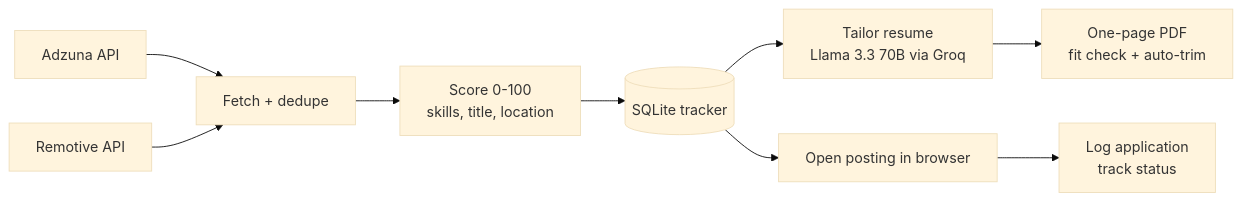
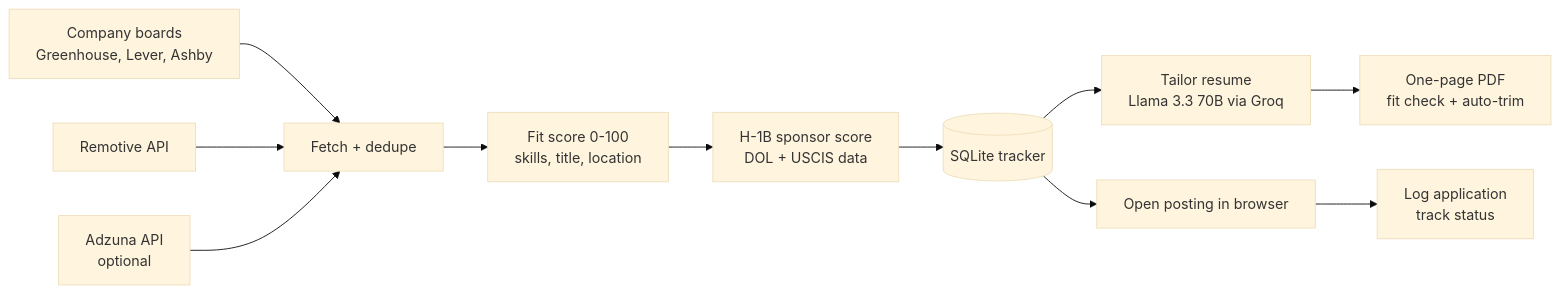
The diagram in README.md (srikanthmannepalli0502-cmyk/job-hunter-auto), drawn with Mermaid (base theme) before and after one commit. The commit also changed other lines of this file and 6 other files, not shown here.

First line of the commit message:
Read target sponsors' own Greenhouse, Lever and Ashby boards

````diff
--- a/README.md
+++ b/README.md
@@ -14,11 +14,13 @@
 ```mermaid
 flowchart LR
-    A[Adzuna API] --> F[Fetch + dedupe]
+    B[Company boards<br/>Greenhouse, Lever, Ashby] --> F[Fetch + dedupe]
     R[Remotive API] --> F
-    F --> S[Score 0-100<br/>skills, title, location]
-    S --> DB[(SQLite tracker)]
+    A[Adzuna API<br/>optional] --> F
+    F --> S[Fit score 0-100<br/>skills, title, location]
+    S --> H[H-1B sponsor score<br/>DOL + USCIS data]
+    H --> DB[(SQLite tracker)]
     DB --> T[Tailor resume<br/>Llama 3.3 70B via Groq]
     T --> P[One-page PDF<br/>fit check + auto-trim]
     DB --> O[Open posting in browser]
     O --> L[Log application<br/>track status]
 ```
````
